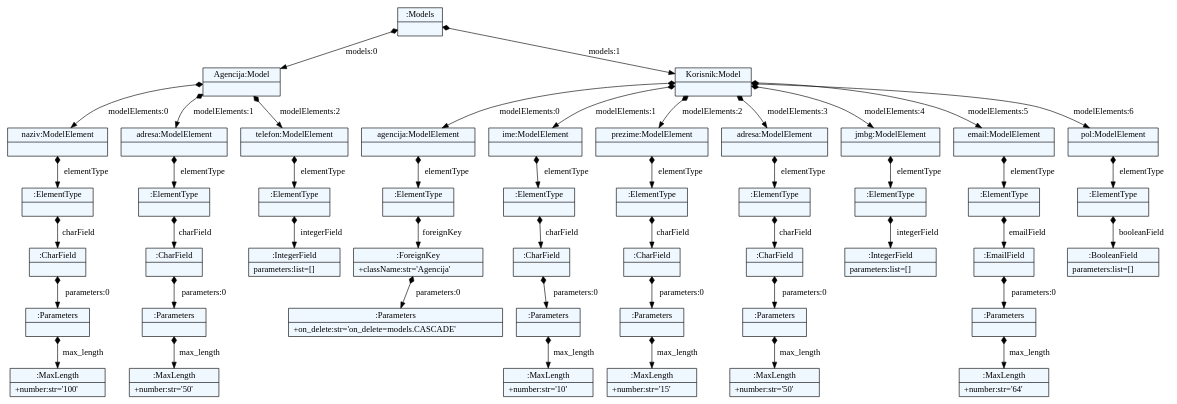
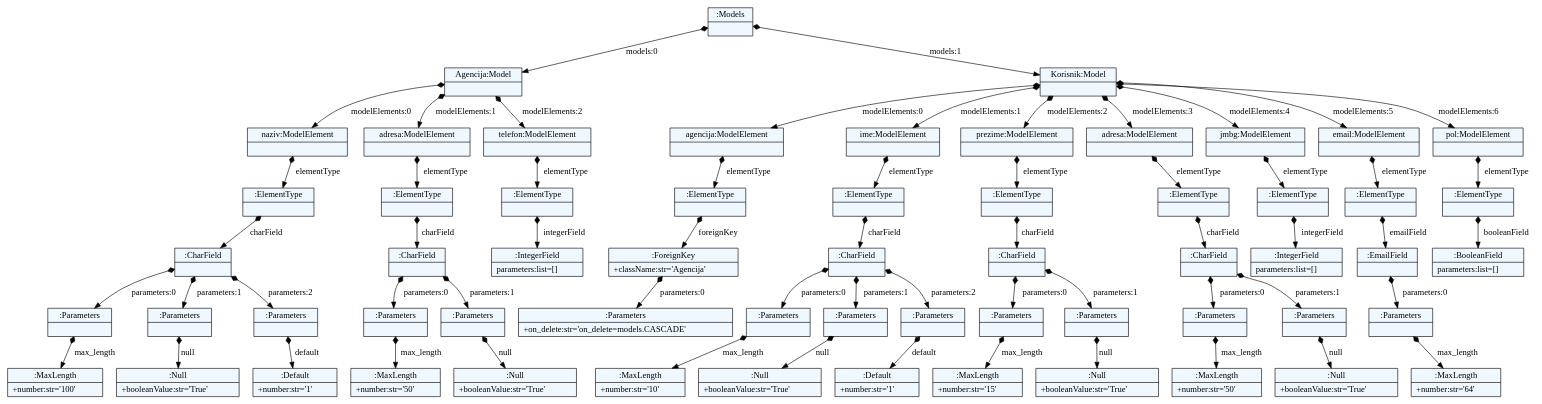
One commit to jovana992/jsd2017 changed the diagram in JSD/test.dot. Above: the diagram before and after it, drawn with Graphviz. The commit also changed 3 other files, not shown here.

```diff
--- a/JSD/test.dot
+++ b/JSD/test.dot
@@ -1,106 +1,134 @@
 
     digraph xtext {
     fontname = "Bitstream Vera Sans"
     fontsize = 8
     node[
         shape=record,
         style=filled,
         fillcolor=aliceblue
     ]
     nodesep = 0.3
     edge[dir=black,arrowtail=empty]
 
 
-1741468502392 -> 1741468503848 [label="models:0" arrowtail=diamond dir=both]
-1741468503848 -> 1741468533200 [label="modelElements:0" arrowtail=diamond dir=both]
-1741468533200 -> 1741468533088 [label="elementType" arrowtail=diamond dir=both]
-1741468533088 -> 1741468533368 [label="charField" arrowtail=diamond dir=both]
-1741468533368 -> 1741468533592 [label="parameters:0" arrowtail=diamond dir=both]
-1741468533592 -> 1741468533704 [label="max_length" arrowtail=diamond dir=both]
-1741468533704[label="{:MaxLength|+number:str='100'\l}"]
-1741468533592[label="{:Parameters|}"]
-1741468533368[label="{:CharField|}"]
-1741468533088[label="{:ElementType|}"]
-1741468533200[label="{naziv:ModelElement|}"]
-1741468503848 -> 1741468533032 [label="modelElements:1" arrowtail=diamond dir=both]
-1741468533032 -> 1741468533424 [label="elementType" arrowtail=diamond dir=both]
-1741468533424 -> 1741468533536 [label="charField" arrowtail=diamond dir=both]
-1741468533536 -> 1741468533928 [label="parameters:0" arrowtail=diamond dir=both]
-1741468533928 -> 1741468533984 [label="max_length" arrowtail=diamond dir=both]
-1741468533984[label="{:MaxLength|+number:str='50'\l}"]
-1741468533928[label="{:Parameters|}"]
-1741468533536[label="{:CharField|}"]
-1741468533424[label="{:ElementType|}"]
-1741468533032[label="{adresa:ModelElement|}"]
-1741468503848 -> 1741468532920 [label="modelElements:2" arrowtail=diamond dir=both]
-1741468532920 -> 1741468533648 [label="elementType" arrowtail=diamond dir=both]
-1741468533648 -> 1741468533816 [label="integerField" arrowtail=diamond dir=both]
-1741468533816[label="{:IntegerField|parameters:list=[]\l}"]
-1741468533648[label="{:ElementType|}"]
-1741468532920[label="{telefon:ModelElement|}"]
-1741468503848[label="{Agencija:Model|}"]
-1741468502392 -> 1741468504016 [label="models:1" arrowtail=diamond dir=both]
-1741468504016 -> 1741468533312 [label="modelElements:0" arrowtail=diamond dir=both]
-1741468533312 -> 1741468534040 [label="elementType" arrowtail=diamond dir=both]
-1741468534040 -> 1741468534208 [label="foreignKey" arrowtail=diamond dir=both]
-1741468534208 -> 1741468534320 [label="parameters:0" arrowtail=diamond dir=both]
-1741468534320[label="{:Parameters|+on_delete:str='on_delete=models.CASCADE'\l}"]
-1741468534208[label="{:ForeignKey|+className:str='Agencija'\l}"]
-1741468534040[label="{:ElementType|}"]
-1741468533312[label="{agencija:ModelElement|}"]
-1741468504016 -> 1741468533760 [label="modelElements:1" arrowtail=diamond dir=both]
-1741468533760 -> 1741468534152 [label="elementType" arrowtail=diamond dir=both]
-1741468534152 -> 1741468534376 [label="charField" arrowtail=diamond dir=both]
-1741468534376 -> 1741468534600 [label="parameters:0" arrowtail=diamond dir=both]
-1741468534600 -> 1741468534712 [label="max_length" arrowtail=diamond dir=both]
-1741468534712[label="{:MaxLength|+number:str='10'\l}"]
-1741468534600[label="{:Parameters|}"]
-1741468534376[label="{:CharField|}"]
-1741468534152[label="{:ElementType|}"]
-1741468533760[label="{ime:ModelElement|}"]
-1741468504016 -> 1741468533872 [label="modelElements:2" arrowtail=diamond dir=both]
-1741468533872 -> 1741468534432 [label="elementType" arrowtail=diamond dir=both]
-1741468534432 -> 1741468534488 [label="charField" arrowtail=diamond dir=both]
-1741468534488 -> 1741468534936 [label="parameters:0" arrowtail=diamond dir=both]
-1741468534936 -> 1741468534992 [label="max_length" arrowtail=diamond dir=both]
-1741468534992[label="{:MaxLength|+number:str='15'\l}"]
-1741468534936[label="{:Parameters|}"]
-1741468534488[label="{:CharField|}"]
-1741468534432[label="{:ElementType|}"]
-1741468533872[label="{prezime:ModelElement|}"]
-1741468504016 -> 1741468534096 [label="modelElements:3" arrowtail=diamond dir=both]
-1741468534096 -> 1741468534656 [label="elementType" arrowtail=diamond dir=both]
-1741468534656 -> 1741468534824 [label="charField" arrowtail=diamond dir=both]
-1741468534824 -> 1741468535216 [label="parameters:0" arrowtail=diamond dir=both]
-1741468535216 -> 1741468535272 [label="max_length" arrowtail=diamond dir=both]
-1741468535272[label="{:MaxLength|+number:str='50'\l}"]
-1741468535216[label="{:Parameters|}"]
-1741468534824[label="{:CharField|}"]
-1741468534656[label="{:ElementType|}"]
-1741468534096[label="{adresa:ModelElement|}"]
-1741468504016 -> 1741468534264 [label="modelElements:4" arrowtail=diamond dir=both]
-1741468534264 -> 1741468534880 [label="elementType" arrowtail=diamond dir=both]
-1741468534880 -> 1741468535104 [label="integerField" arrowtail=diamond dir=both]
-1741468535104[label="{:IntegerField|parameters:list=[]\l}"]
-1741468534880[label="{:ElementType|}"]
-1741468534264[label="{jmbg:ModelElement|}"]
-1741468504016 -> 1741468534544 [label="modelElements:5" arrowtail=diamond dir=both]
-1741468534544 -> 1741468535160 [label="elementType" arrowtail=diamond dir=both]
-1741468535160 -> 1741468535384 [label="emailField" arrowtail=diamond dir=both]
-1741468535384 -> 1741468535608 [label="parameters:0" arrowtail=diamond dir=both]
-1741468535608 -> 1741468535720 [label="max_length" arrowtail=diamond dir=both]
-1741468535720[label="{:MaxLength|+number:str='64'\l}"]
-1741468535608[label="{:Parameters|}"]
-1741468535384[label="{:EmailField|}"]
-1741468535160[label="{:ElementType|}"]
-1741468534544[label="{email:ModelElement|}"]
-1741468504016 -> 1741468534768 [label="modelElements:6" arrowtail=diamond dir=both]
-1741468534768 -> 1741468535496 [label="elementType" arrowtail=diamond dir=both]
-1741468535496 -> 1741468535552 [label="booleanField" arrowtail=diamond dir=both]
-1741468535552[label="{:BooleanField|parameters:list=[]\l}"]
-1741468535496[label="{:ElementType|}"]
-1741468534768[label="{pol:ModelElement|}"]
-1741468504016[label="{Korisnik:Model|}"]
-1741468502392[label="{:Models|}"]
+2567640674032 -> 2567640686776 [label="models:0" arrowtail=diamond dir=both]
+2567640686776 -> 2567640688400 [label="modelElements:0" arrowtail=diamond dir=both]
+2567640688400 -> 2567640688176 [label="elementType" arrowtail=diamond dir=both]
+2567640688176 -> 2567640687896 [label="charField" arrowtail=diamond dir=both]
+2567640687896 -> 2567640688568 [label="parameters:0" arrowtail=diamond dir=both]
+2567640688568 -> 2567640688680 [label="max_length" arrowtail=diamond dir=both]
+2567640688680[label="{:MaxLength|+number:str='100'\l}"]
+2567640688568[label="{:Parameters|}"]
+2567640687896 -> 2567640688624 [label="parameters:1" arrowtail=diamond dir=both]
+2567640688624 -> 2567640688792 [label="null" arrowtail=diamond dir=both]
+2567640688792[label="{:Null|+booleanValue:str='True'\l}"]
+2567640688624[label="{:Parameters|}"]
+2567640687896 -> 2567640688736 [label="parameters:2" arrowtail=diamond dir=both]
+2567640688736 -> 2567640688848 [label="default" arrowtail=diamond dir=both]
+2567640688848[label="{:Default|+number:str='1'\l}"]
+2567640688736[label="{:Parameters|}"]
+2567640687896[label="{:CharField|}"]
+2567640688176[label="{:ElementType|}"]
+2567640688400[label="{naziv:ModelElement|}"]
+2567640686776 -> 2567640687728 [label="modelElements:1" arrowtail=diamond dir=both]
+2567640687728 -> 2567640688232 [label="elementType" arrowtail=diamond dir=both]
+2567640688232 -> 2567640688512 [label="charField" arrowtail=diamond dir=both]
+2567640688512 -> 2567640689128 [label="parameters:0" arrowtail=diamond dir=both]
+2567640689128 -> 2567640689184 [label="max_length" arrowtail=diamond dir=both]
+2567640689184[label="{:MaxLength|+number:str='50'\l}"]
+2567640689128[label="{:Parameters|}"]
+2567640688512 -> 2567640689072 [label="parameters:1" arrowtail=diamond dir=both]
+2567640689072 -> 2567640689296 [label="null" arrowtail=diamond dir=both]
+2567640689296[label="{:Null|+booleanValue:str='True'\l}"]
+2567640689072[label="{:Parameters|}"]
+2567640688512[label="{:CharField|}"]
+2567640688232[label="{:ElementType|}"]
+2567640687728[label="{adresa:ModelElement|}"]
+2567640686776 -> 2567640688120 [label="modelElements:2" arrowtail=diamond dir=both]
+2567640688120 -> 2567640688904 [label="elementType" arrowtail=diamond dir=both]
+2567640688904 -> 2567640688960 [label="integerField" arrowtail=diamond dir=both]
+2567640688960[label="{:IntegerField|parameters:list=[]\l}"]
+2567640688904[label="{:ElementType|}"]
+2567640688120[label="{telefon:ModelElement|}"]
+2567640686776[label="{Agencija:Model|}"]
+2567640674032 -> 2567640688344 [label="models:1" arrowtail=diamond dir=both]
+2567640688344 -> 2567640688064 [label="modelElements:0" arrowtail=diamond dir=both]
+2567640688064 -> 2567640689408 [label="elementType" arrowtail=diamond dir=both]
+2567640689408 -> 2567640689520 [label="foreignKey" arrowtail=diamond dir=both]
+2567640689520 -> 2567640689632 [label="parameters:0" arrowtail=diamond dir=both]
+2567640689632[label="{:Parameters|+on_delete:str='on_delete=models.CASCADE'\l}"]
+2567640689520[label="{:ForeignKey|+className:str='Agencija'\l}"]
+2567640689408[label="{:ElementType|}"]
+2567640688064[label="{agencija:ModelElement|}"]
+2567640688344 -> 2567640689016 [label="modelElements:1" arrowtail=diamond dir=both]
+2567640689016 -> 2567640689464 [label="elementType" arrowtail=diamond dir=both]
+2567640689464 -> 2567640689688 [label="charField" arrowtail=diamond dir=both]
+2567640689688 -> 2567640689912 [label="parameters:0" arrowtail=diamond dir=both]
+2567640689912 -> 2567640690024 [label="max_length" arrowtail=diamond dir=both]
+2567640690024[label="{:MaxLength|+number:str='10'\l}"]
+2567640689912[label="{:Parameters|}"]
+2567640689688 -> 2567640689968 [label="parameters:1" arrowtail=diamond dir=both]
+2567640689968 -> 2567640690136 [label="null" arrowtail=diamond dir=both]
+2567640690136[label="{:Null|+booleanValue:str='True'\l}"]
+2567640689968[label="{:Parameters|}"]
+2567640689688 -> 2567640690080 [label="parameters:2" arrowtail=diamond dir=both]
+2567640690080 -> 2567640690192 [label="default" arrowtail=diamond dir=both]
+2567640690192[label="{:Default|+number:str='1'\l}"]
+2567640690080[label="{:Parameters|}"]
+2567640689688[label="{:CharField|}"]
+2567640689464[label="{:ElementType|}"]
+2567640689016[label="{ime:ModelElement|}"]
+2567640688344 -> 2567640689240 [label="modelElements:2" arrowtail=diamond dir=both]
+2567640689240 -> 2567640689744 [label="elementType" arrowtail=diamond dir=both]
+2567640689744 -> 2567640689800 [label="charField" arrowtail=diamond dir=both]
+2567640689800 -> 2567640690472 [label="parameters:0" arrowtail=diamond dir=both]
+2567640690472 -> 2567640690528 [label="max_length" arrowtail=diamond dir=both]
+2567640690528[label="{:MaxLength|+number:str='15'\l}"]
+2567640690472[label="{:Parameters|}"]
+2567640689800 -> 2567640690416 [label="parameters:1" arrowtail=diamond dir=both]
+2567640690416 -> 2567640690640 [label="null" arrowtail=diamond dir=both]
+2567640690640[label="{:Null|+booleanValue:str='True'\l}"]
+2567640690416[label="{:Parameters|}"]
+2567640689800[label="{:CharField|}"]
+2567640689744[label="{:ElementType|}"]
+2567640689240[label="{prezime:ModelElement|}"]
+2567640688344 -> 2567640689352 [label="modelElements:3" arrowtail=diamond dir=both]
+2567640689352 -> 2567640690248 [label="elementType" arrowtail=diamond dir=both]
+2567640690248 -> 2567640690304 [label="charField" arrowtail=diamond dir=both]
+2567640690304 -> 2567640711408 [label="parameters:0" arrowtail=diamond dir=both]
+2567640711408 -> 2567640711464 [label="max_length" arrowtail=diamond dir=both]
+2567640711464[label="{:MaxLength|+number:str='50'\l}"]
+2567640711408[label="{:Parameters|}"]
+2567640690304 -> 2567640711352 [label="parameters:1" arrowtail=diamond dir=both]
+2567640711352 -> 2567640711576 [label="null" arrowtail=diamond dir=both]
+2567640711576[label="{:Null|+booleanValue:str='True'\l}"]
+2567640711352[label="{:Parameters|}"]
+2567640690304[label="{:CharField|}"]
+2567640690248[label="{:ElementType|}"]
+2567640689352[label="{adresa:ModelElement|}"]
+2567640688344 -> 2567640689576 [label="modelElements:4" arrowtail=diamond dir=both]
+2567640689576 -> 2567640690584 [label="elementType" arrowtail=diamond dir=both]
+2567640690584 -> 2567640711240 [label="integerField" arrowtail=diamond dir=both]
+2567640711240[label="{:IntegerField|parameters:list=[]\l}"]
+2567640690584[label="{:ElementType|}"]
+2567640689576[label="{jmbg:ModelElement|}"]
+2567640688344 -> 2567640689856 [label="modelElements:5" arrowtail=diamond dir=both]
+2567640689856 -> 2567640711520 [label="elementType" arrowtail=diamond dir=both]
+2567640711520 -> 2567640711632 [label="emailField" arrowtail=diamond dir=both]
+2567640711632 -> 2567640711912 [label="parameters:0" arrowtail=diamond dir=both]
+2567640711912 -> 2567640712024 [label="max_length" arrowtail=diamond dir=both]
+2567640712024[label="{:MaxLength|+number:str='64'\l}"]
+2567640711912[label="{:Parameters|}"]
+2567640711632[label="{:EmailField|}"]
+2567640711520[label="{:ElementType|}"]
+2567640689856[label="{email:ModelElement|}"]
+2567640688344 -> 2567640690360 [label="modelElements:6" arrowtail=diamond dir=both]
+2567640690360 -> 2567640711800 [label="elementType" arrowtail=diamond dir=both]
+2567640711800 -> 2567640711856 [label="booleanField" arrowtail=diamond dir=both]
+2567640711856[label="{:BooleanField|parameters:list=[]\l}"]
+2567640711800[label="{:ElementType|}"]
+2567640690360[label="{pol:ModelElement|}"]
+2567640688344[label="{Korisnik:Model|}"]
+2567640674032[label="{:Models|}"]
 
 }
```
